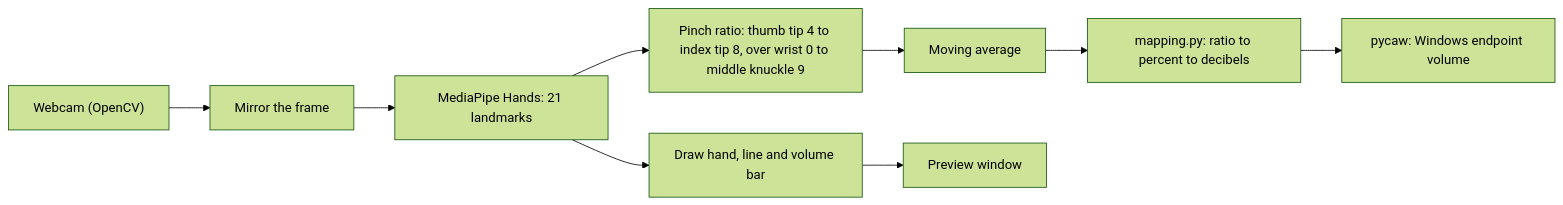
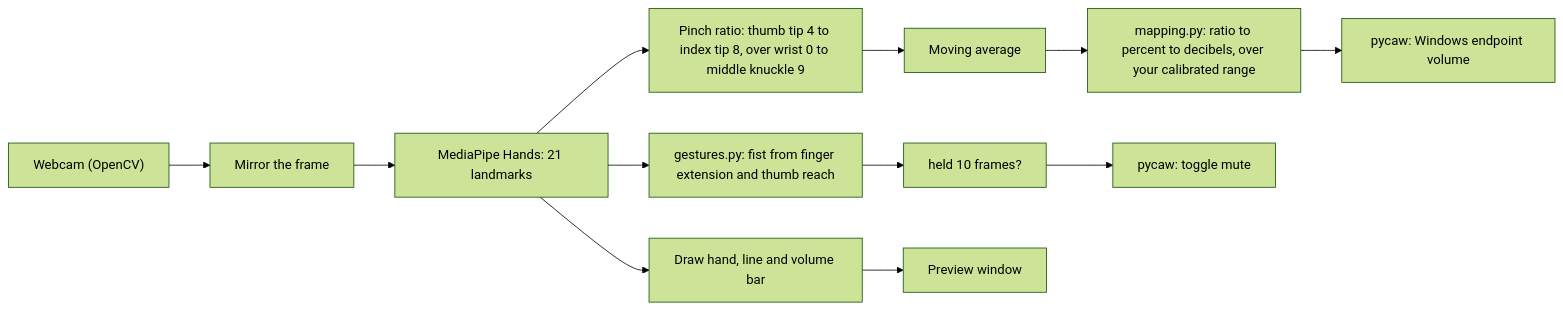
Before and after one commit to A-RYAN-1/hand-gesture-volume-control: the first of 2 diagrams in README.md, drawn with Mermaid (forest theme). The commit also changed other lines of this file and 18 other files, not shown here.

First line of the commit message:
Per-user pinch calibration and a fist to mute (HG-F4) (#5)

````diff
--- a/README.md
+++ b/README.md
@@ -92,11 +97,14 @@
 ```mermaid
 flowchart LR
     Cam["Webcam (OpenCV)"] --> Flip["Mirror the frame"]
     Flip --> MP["MediaPipe Hands: 21 landmarks"]
     MP --> Dist["Pinch ratio: thumb tip 4 to index tip 8, over wrist 0 to middle knuckle 9"]
     Dist --> Smooth["Moving average"]
-    Smooth --> Map["mapping.py: ratio to percent to decibels"]
+    Smooth --> Map["mapping.py: ratio to percent to decibels, over your calibrated range"]
     Map --> Audio["pycaw: Windows endpoint volume"]
+    MP --> Fist["gestures.py: fist from finger extension and thumb reach"]
+    Fist --> Hold["held 10 frames?"]
+    Hold --> Mute["pycaw: toggle mute"]
     MP --> Draw["Draw hand, line and volume bar"]
     Draw --> Win["Preview window"]
 ```
````
